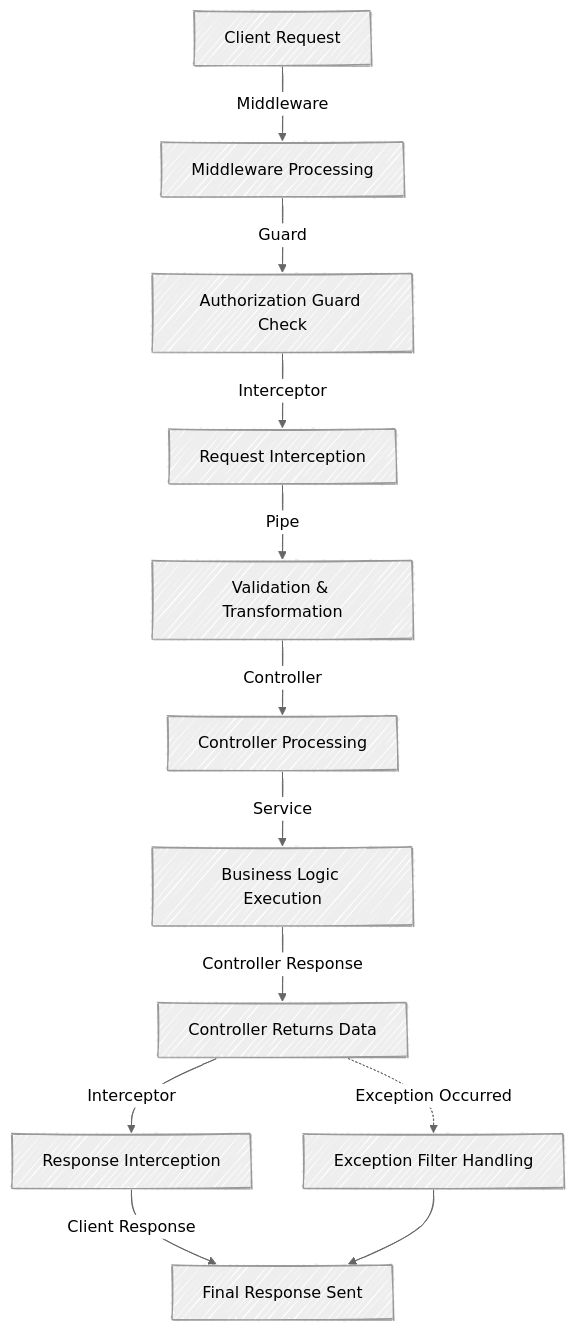
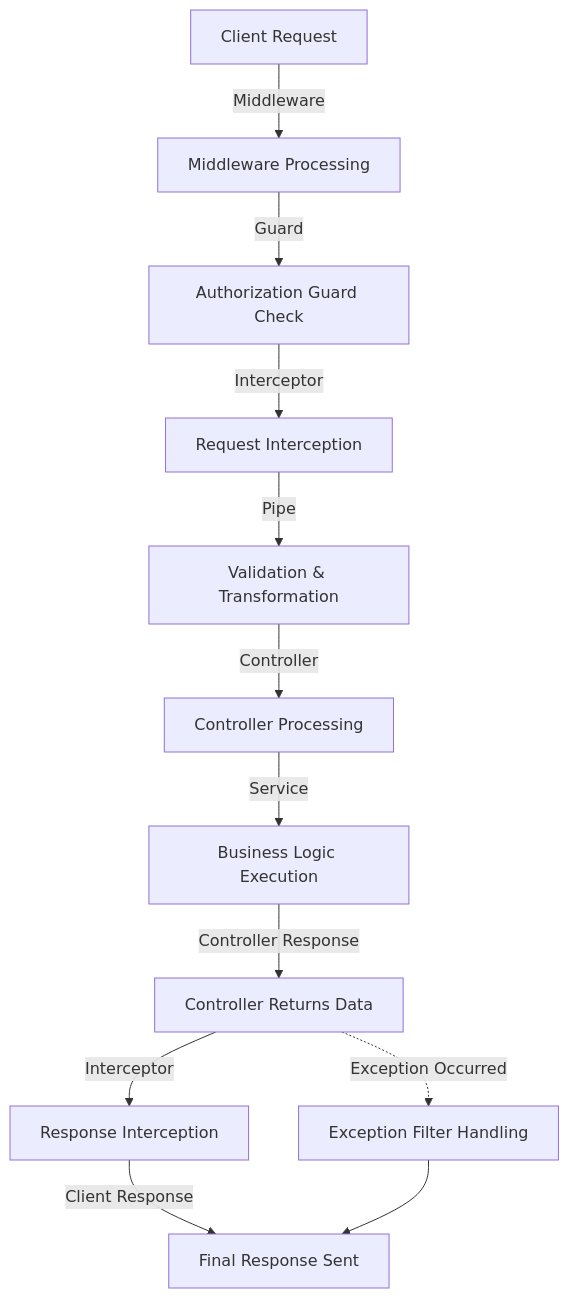
Before and after one commit to luke0408/TIL: the diagram in docs/Backend/NestJS/Request_Lifecycle.md, drawn with Mermaid. The commit also changed 1 other file, not shown here.

Commit message:
sytle: remove mermid options

````diff
--- a/docs/Backend/NestJS/Request_Lifecycle.md
+++ b/docs/Backend/NestJS/Request_Lifecycle.md
@@ -116,20 +116,14 @@
 ```mermaid
----
-config:
-  look: handDrawn
-  theme: neutral
----
-
 graph TD
     A[Client Request] -->|Middleware| B[Middleware Processing]
     B -->|Guard| C[Authorization Guard Check]
     C -->|Interceptor| D[Request Interception]
     D -->|Pipe| E[Validation & Transformation]
     E -->|Controller| F[Controller Processing]
     F -->|Service| G[Business Logic Execution]
     G -->|Controller Response| H[Controller Returns Data]
     H -->|Interceptor| I[Response Interception]
     I -->|Client Response| J[Final Response Sent]
     H -.->|Exception Occurred| K[Exception Filter Handling]
     K --> J;
 ```
````
